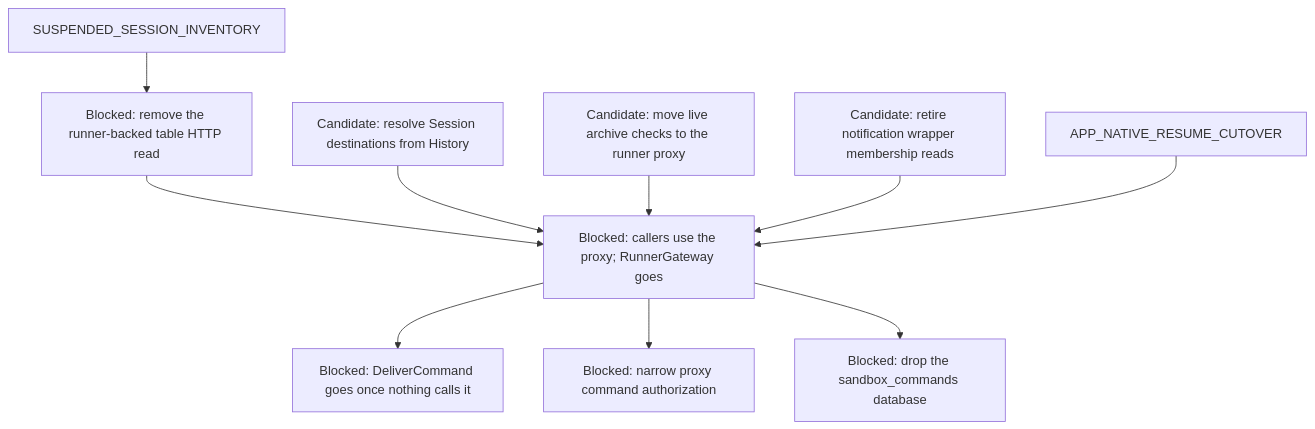
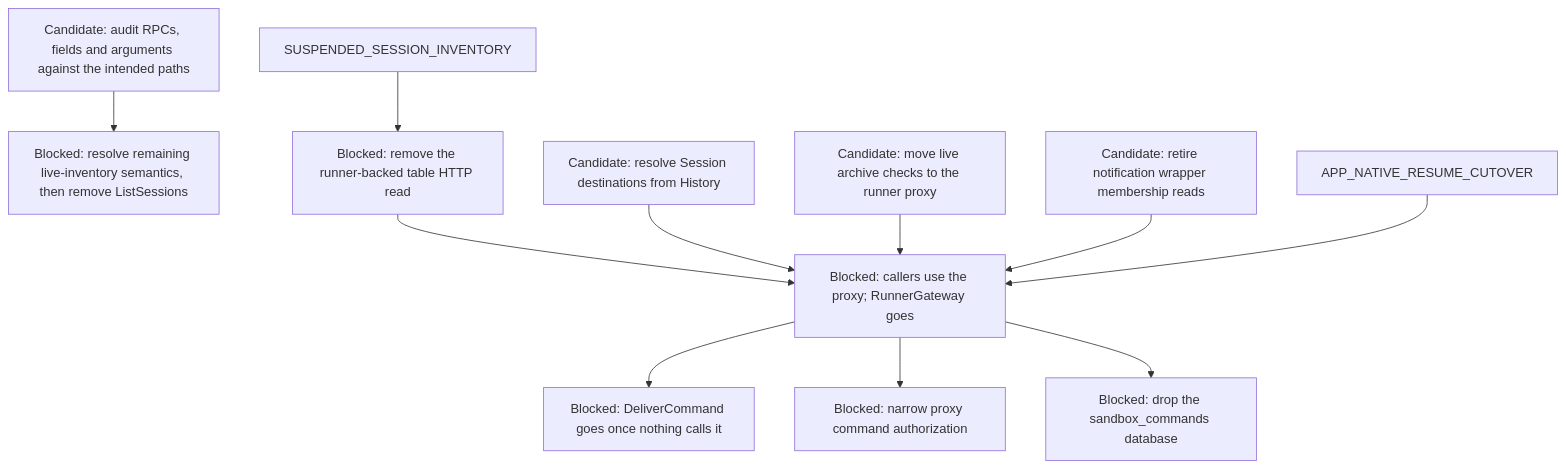
One commit to agentydragon/ducktape changed diagram 15 of 15 in agentplane/plans/task_dag.md. Above: the diagram before and after it, drawn with Mermaid. The commit also changed other lines of this file, not shown here.

Commit message:
Plan audit and retirement of duplicate Agentplane control surfaces

````diff
--- a/agentplane/plans/task_dag.md
+++ b/agentplane/plans/task_dag.md
@@ -1104,16 +1104,18 @@
 ```mermaid
 flowchart TD
     RUNNER_COMMAND_RPCS[Blocked: DeliverCommand goes once nothing calls it]
+    CONTROL_SURFACE_RETIREMENT_AUDIT[Candidate: audit RPCs, fields and arguments against the intended paths]
+    CONTROL_SURFACE_RETIREMENT_AUDIT --> RUNNER_LIST_SESSIONS_RETIRE[Blocked: resolve remaining live-inventory semantics, then remove ListSessions]
     GATEWAY_WRAPPER_RETIRE --> RUNNER_COMMAND_RPCS
     GATEWAY_WRAPPER_RETIRE[Blocked: callers use the proxy; RunnerGateway goes]
     SUSPENDED_SESSION_INVENTORY --> APP_SESSION_LIST_ROUTE_RETIRE[Blocked: remove the runner-backed table HTTP read]
     APP_SESSION_LIST_ROUTE_RETIRE --> GATEWAY_WRAPPER_RETIRE
     APP_SESSION_DESTINATION_HISTORY[Candidate: resolve Session destinations from History] --> GATEWAY_WRAPPER_RETIRE
     APP_ARCHIVE_RUNNER_READ_MIGRATION[Candidate: move live archive checks to the runner proxy] --> GATEWAY_WRAPPER_RETIRE
     NOTIFICATION_SESSION_MEMBERSHIP_MIGRATION[Candidate: retire notification wrapper membership reads] --> GATEWAY_WRAPPER_RETIRE
     APP_NATIVE_RESUME_CUTOVER --> GATEWAY_WRAPPER_RETIRE
     GATEWAY_DATABASE_DROP[Blocked: drop the sandbox_commands database]
     PROXY_START_METHODS_DISPATCHER_ONLY[Blocked: narrow proxy command authorization]
     GATEWAY_WRAPPER_RETIRE --> PROXY_START_METHODS_DISPATCHER_ONLY
     GATEWAY_WRAPPER_RETIRE --> GATEWAY_DATABASE_DROP
 ```
````
